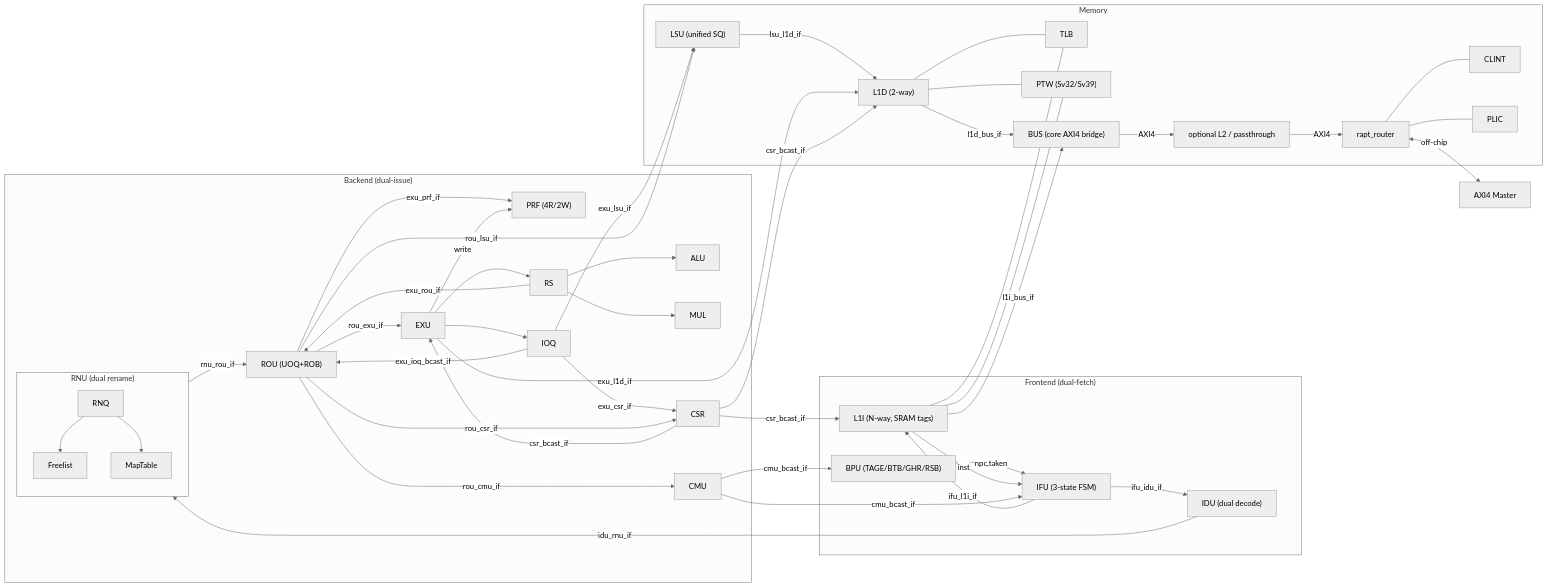
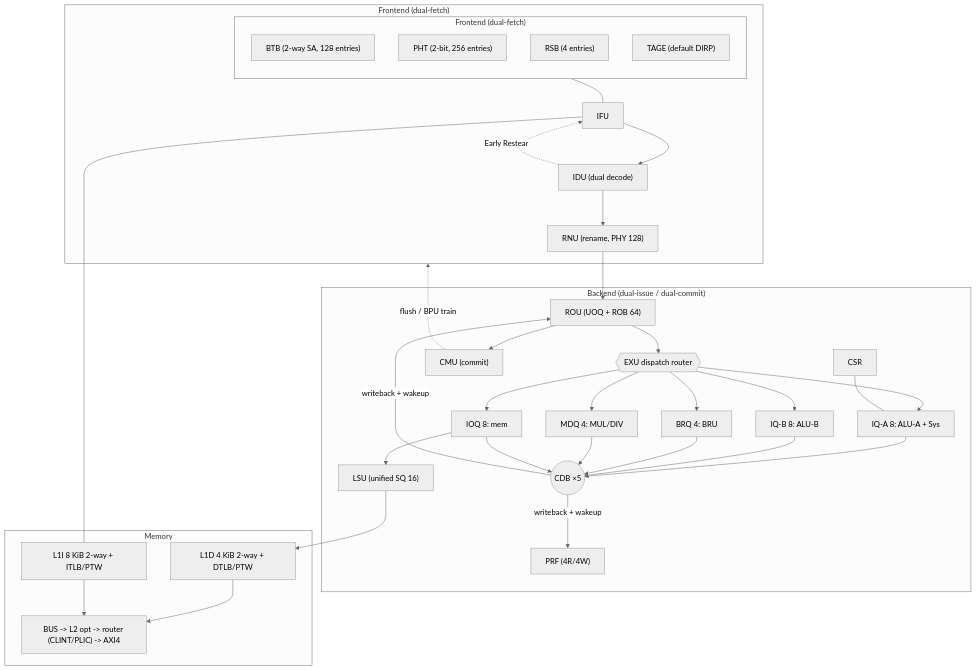
Before and after one commit to Kingfish404/raptor-chip: the diagram in docs/uarch.md, drawn with Mermaid (neutral theme). The commit also changed other lines of this file and 15 other files, not shown here.

Commit message:
feat: split exu to 5 port (iq-a, iq-b, brq, mdq, ioq)

````diff
--- a/docs/uarch.md
+++ b/docs/uarch.md
@@ -293,68 +23,48 @@
 ```mermaid
-flowchart LR
- subgraph FE["Frontend (dual-fetch)"]
-        IFU["IFU (3-state FSM)"]
-        L1I["L1I (N-way, SRAM tags)"]
-        IDU["IDU (dual decode)"]
-        BPU["BPU (TAGE/BTB/GHR/RSB)"]
+flowchart TD
+  subgraph BPU["Frontend (dual-fetch)"]
+    direction TD
+    BTB["BTB (2-way SA, 128 entries)"]
+    PHT["PHT (2-bit, 256 entries)"]
+    RSB["RSB (4 entries)"]
+    TAGE["TAGE (default DIRP)"]
   end
- subgraph BE["Backend (dual-issue)"]
-        subgraph RNU_TOP["RNU (dual rename)"]
-            RNQ["RNQ"]
-            FL["Freelist"]
-            MT["MapTable"]
-        end
-        PRF["PRF (4R/2W)"]
-        ROU["ROU (UOQ+ROB)"]
-        EXU["EXU"]
-        RS["RS"]
-        IOQ["IOQ"]
-        ALU["ALU"]
-        MUL["MUL"]
-        CMU["CMU"]
-        CSR["CSR"]
+  subgraph FE["Frontend (dual-fetch)"]
+    BPU["BPU (TAGE/BTB/RSB)"]
+    IFU
+    IDU["IDU (dual decode)"]
+    RNU["RNU (rename, PHY 128)"]
   end
- subgraph MEM["Memory"]
-        LSU["LSU (unified SQ)"]
-        L1D["L1D (2-way)"]
-        TLB["TLB"]
-        PTW["PTW (Sv32/Sv39)"]
-        BUS["BUS (core AXI4 bridge)"]
-        L2["optional L2 / passthrough"]
-        ROUTER["rapt_router"]
-        CLINT["CLINT"]
-        PLIC["PLIC"]
+  subgraph BE["Backend (dual-issue / dual-commit)"]
+    ROU["ROU (UOQ + ROB 64)"]
+    RT{{"EXU dispatch router"}}
+    PA["IQ-A 8: ALU-A + Sys"]
+    PB["IQ-B 8: ALU-B"]
+    PBR["BRQ 4: BRU"]
+    PM["MDQ 4: MUL/DIV"]
+    PQ["IOQ 8: mem"]
+    CDB(("CDB ×5"))
+    PRF["PRF (4R/4W)"]
+    CMU["CMU (commit)"]
+    LSU["LSU (unified SQ 16)"]
+    CSR
   end
-    BPU -->|"npc,taken"| IFU
-    IFU -->|"ifu_l1i_if"| L1I
-    L1I -->|"inst"| IFU
-    IFU -->|"ifu_idu_if"| IDU
-    IDU -->|"idu_rnu_if"| RNU_TOP
-    RNQ --> FL & MT
-    RNU_TOP -->|"rnu_rou_if"| ROU
-    ROU -->|"exu_prf_if"| PRF
-    ROU -->|"rou_exu_if"| EXU
-    EXU --> RS & IOQ
-    RS --> ALU & MUL
-    IOQ -->|"exu_lsu_if"| LSU
-    IOQ -->|"exu_csr_if"| CSR
-    RS -->|"exu_rou_if"| ROU
-    IOQ -->|"exu_ioq_bcast_if"| ROU
-    EXU -->|"write"| PRF
-    ROU -->|"rou_cmu_if"| CMU
-    ROU -->|"rou_csr_if"| CSR
-    ROU -->|"rou_lsu_if"| LSU
-    CMU -->|"cmu_bcast_if"| IFU & BPU
-    LSU -->|"lsu_l1d_if"| L1D
-    EXU -->|"exu_l1d_if"| L1D
-    L1I --- TLB & PTW
-    L1D --- TLB & PTW
-    L1I -->|"l1i_bus_if"| BUS
-    L1D -->|"l1d_bus_if"| BUS
-    BUS -->|"AXI4"| L2
-    L2 -->|"AXI4"| ROUTER
-    ROUTER <-->|"off-chip"| AXI["AXI4 Master"]
-    ROUTER --- CLINT
-    ROUTER --- PLIC
-    CSR -->|"csr_bcast_if"| L1I & L1D & EXU
+  subgraph MEM["Memory"]
+    L1I["L1I 8 KiB 2-way + ITLB/PTW"]
+    L1D["L1D 4 KiB 2-way + DTLB/PTW"]
+    BUS["BUS -> L2 opt -> router (CLINT/PLIC) -> AXI4"]
+  end
+  BPU --- IFU
+  IFU --- L1I
+  IFU --> IDU
+  IDU -."Early Restear".-> IFU
+  IDU --> RNU --> ROU --> RT
+  RT --> PA & PB & PBR & PM & PQ
+  PA & PB & PBR & PM & PQ --> CDB
+  CDB -->|"writeback + wakeup"| ROU & PRF
+  ROU --> CMU
+  CMU -."flush / BPU train".-> FE
+  CSR --- PA
+  PQ --> LSU --> L1D --> BUS
+  L1I --> BUS
 ```
````
